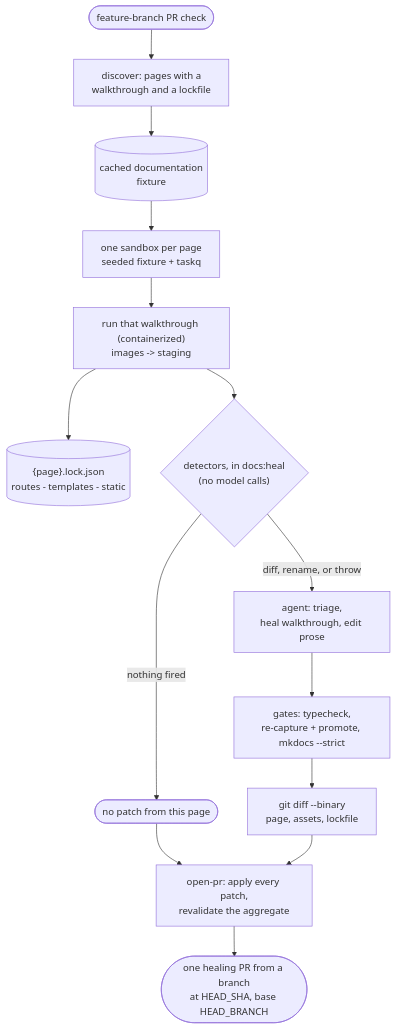
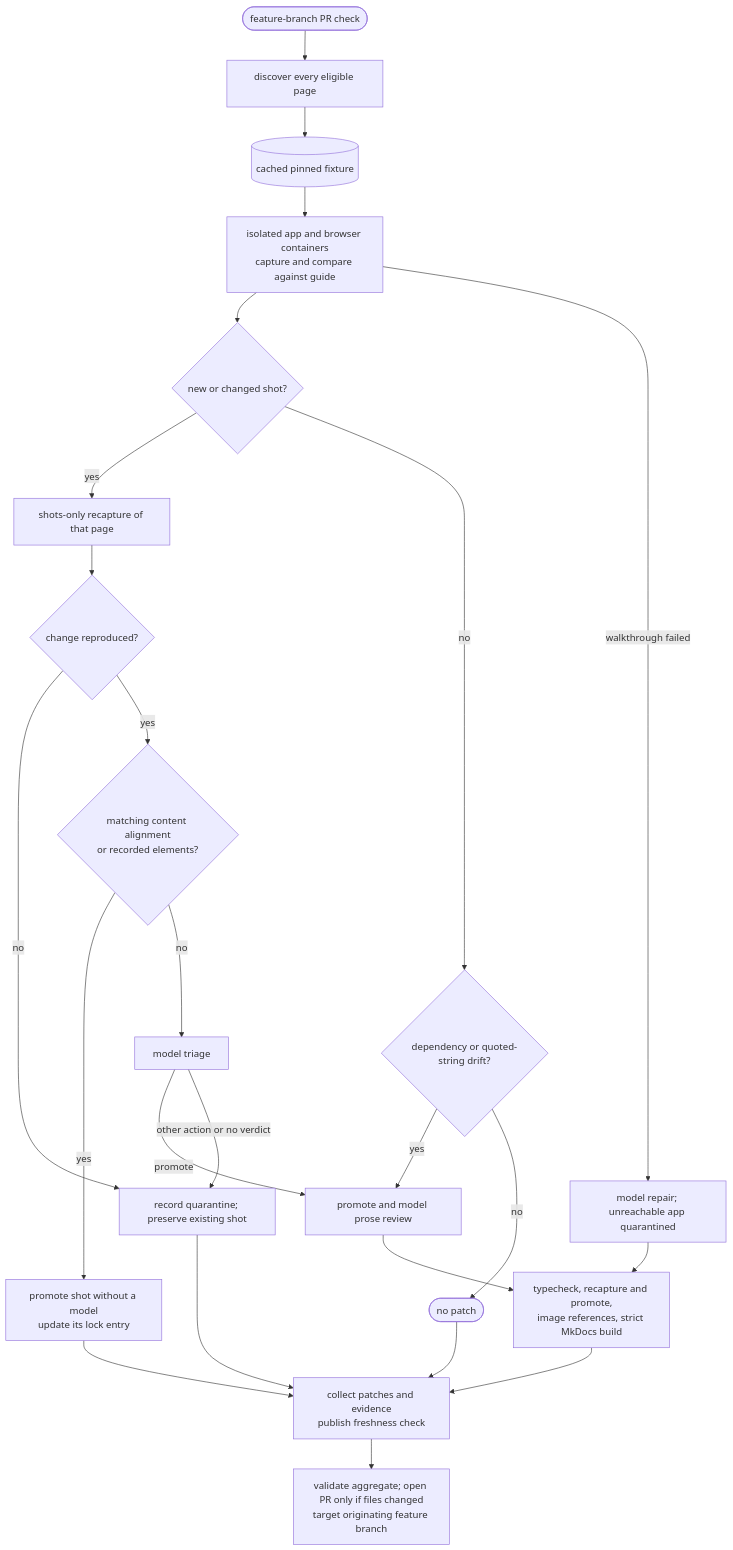
Before and after one commit to Jason-Turan0/yaffo: the diagram in yaffo_ui_tests/docs/documentation_automation.md, drawn with Mermaid. The commit also changed other lines of this file, not shown here.

````diff
--- a/yaffo_ui_tests/docs/documentation_automation.md
+++ b/yaffo_ui_tests/docs/documentation_automation.md
@@ -93,16 +92,26 @@
 ```mermaid
 flowchart TD
-    push([feature-branch PR check]) --> discover["discover: pages with a<br/>walkthrough and a lockfile"]
-    discover --> fixture[("cached documentation<br/>fixture")]
-    fixture --> sandbox["one sandbox per page<br/>seeded fixture + taskq"]
-    sandbox --> capture["run that walkthrough (containerized)<br/>images -> staging"]
-    capture --> obs[("{page}.lock.json<br/>routes - templates - static")]
-    capture --> detectors{"detectors, in docs:heal<br/>(no model calls)"}
-    detectors -->|nothing fired| stop([no patch from this page])
-    detectors -->|diff, rename, or throw| agent["agent: triage,<br/>heal walkthrough, edit prose"]
-    agent --> gate["gates: typecheck,<br/>re-capture + promote, mkdocs --strict"]
-    gate --> patch["git diff --binary<br/>page, assets, lockfile"]
+    push([feature-branch PR check]) --> discover["discover every eligible page"]
+    discover --> fixture[(cached pinned fixture)]
+    fixture --> capture["isolated app and browser containers<br/>capture and compare against guide"]
+    capture --> repeat{"new or changed shot?"}
+    repeat -->|yes| recheck["shots-only recapture of that page"]
+    recheck --> stable{"change reproduced?"}
+    stable -->|no| quarantine["record quarantine; preserve existing shot"]
+    stable -->|yes| mechanical{"matching content alignment<br/>or recorded elements?"}
+    mechanical -->|yes| promote["promote shot without a model<br/>update its lock entry"]
+    mechanical -->|no| triage["model triage"]
+    triage -->|promote| fix["promote and model prose review"]
+    triage -->|other action or no verdict| quarantine
+    repeat -->|no| checks{"dependency or quoted-string drift?"}
+    checks -->|yes| fix
+    checks -->|no| stop([no patch])
+    capture -->|walkthrough failed| repair["model repair; unreachable app quarantined"]
+    repair --> gates["typecheck, recapture and promote,<br/>image references, strict MkDocs build"]
+    fix --> gates
+    promote --> collect["collect patches and evidence<br/>publish freshness check"]
+    gates --> collect
+    quarantine --> collect
     stop --> collect
-    patch --> collect["open-pr: apply every patch,<br/>revalidate the aggregate"]
-    collect --> pr([one healing PR from a branch<br/>at HEAD_SHA, base HEAD_BRANCH])
+    collect --> pr["validate aggregate; open PR only if files changed<br/>target originating feature branch"]
 ```
````
